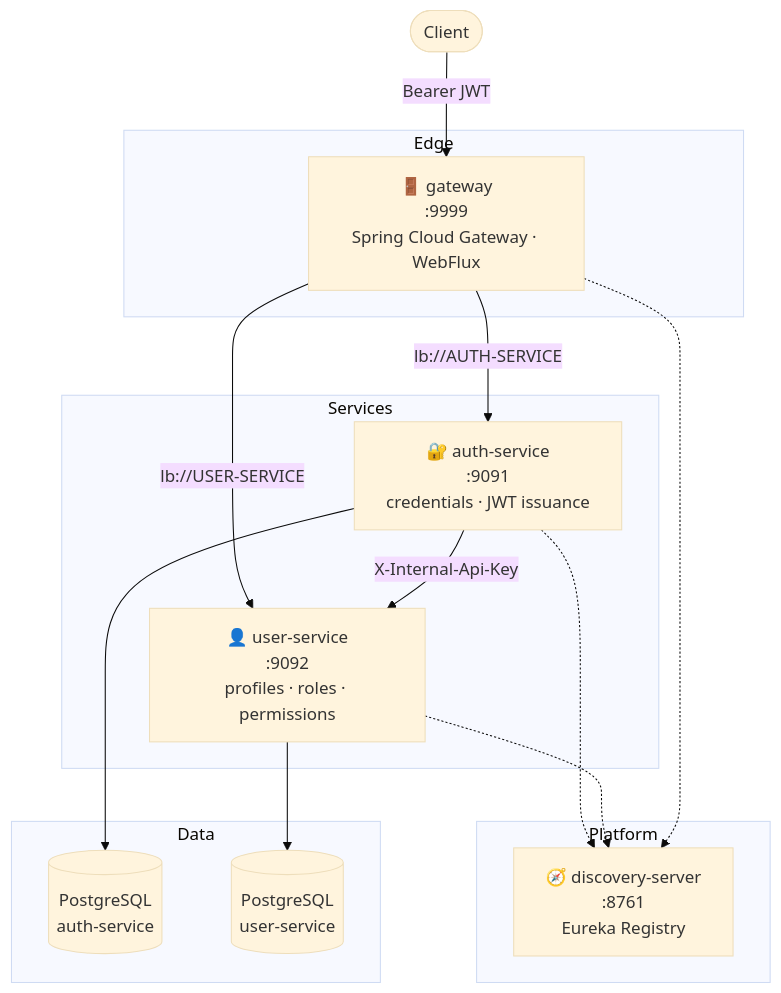
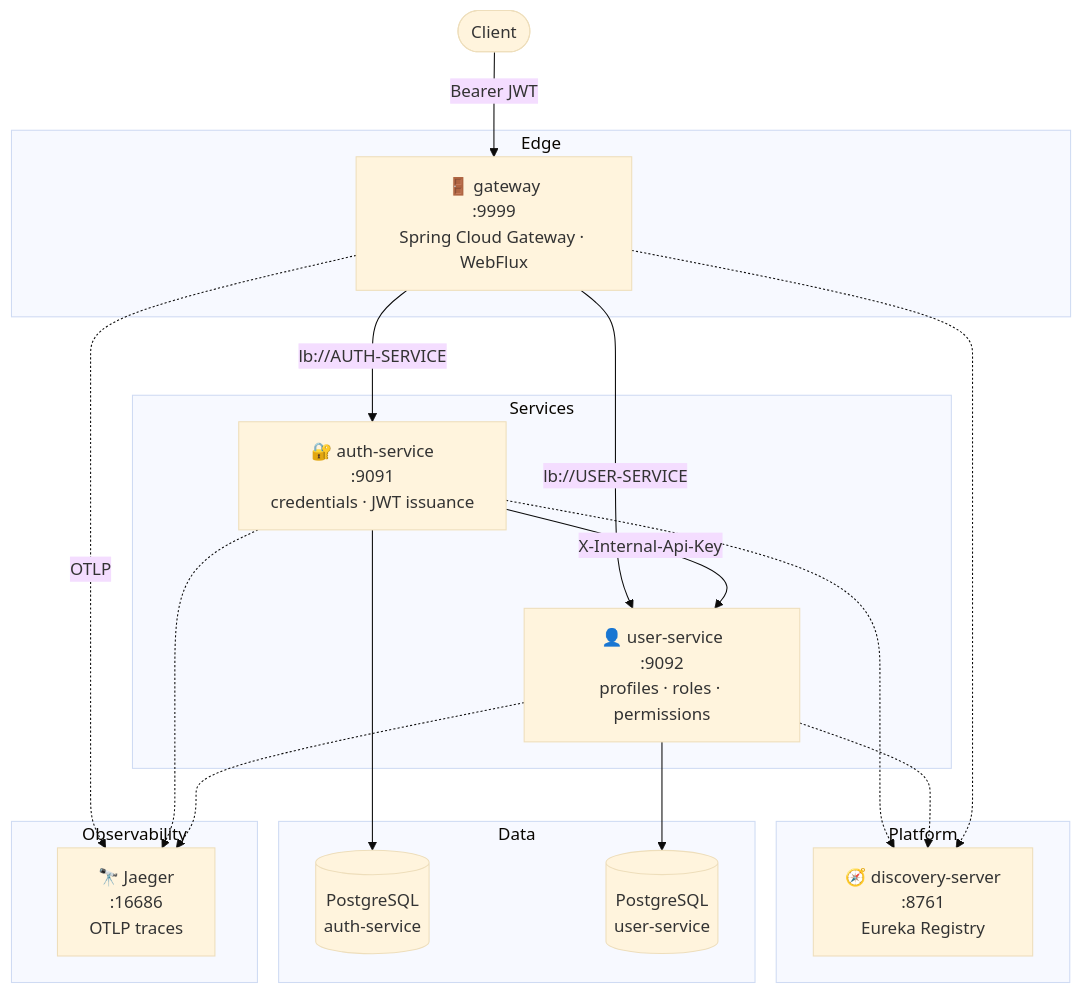
The first of 2 diagrams in README.md (hayattarique/ecommerce-microservice), drawn with Mermaid (base theme) before and after one commit. The commit also changed other lines of this file, not shown here.

Commit message:
Add OpenTelemetry and Jaeger support for distributed tracing in README

````diff
--- a/README.md
+++ b/README.md
@@ -24,33 +26,41 @@
 ```mermaid
 graph TB
     Client([Client])
 
     subgraph Edge
         GW["🚪 gateway<br/>:9999<br/>Spring Cloud Gateway · WebFlux"]
     end
 
     subgraph Platform
         EUREKA["🧭 discovery-server<br/>:8761<br/>Eureka Registry"]
     end
 
     subgraph Services
         AUTH["🔐 auth-service<br/>:9091<br/>credentials · JWT issuance"]
         USER["👤 user-service<br/>:9092<br/>profiles · roles · permissions"]
     end
 
     subgraph Data
         AUTHDB[("PostgreSQL<br/>auth-service")]
         USERDB[("PostgreSQL<br/>user-service")]
     end
 
+    subgraph Observability
+        JAEGER["🔭 Jaeger<br/>:16686<br/>OTLP traces"]
+    end
+
     Client -->|Bearer JWT| GW
     GW -->|lb://AUTH-SERVICE| AUTH
     GW -->|lb://USER-SERVICE| USER
     AUTH -->|X-Internal-Api-Key| USER
     AUTH --> AUTHDB
     USER --> USERDB
 
     AUTH -.-> EUREKA
     USER -.-> EUREKA
     GW -.-> EUREKA
+
+    GW -.->|OTLP| JAEGER
+    AUTH -.-> JAEGER
+    USER -.-> JAEGER
 ```
````
